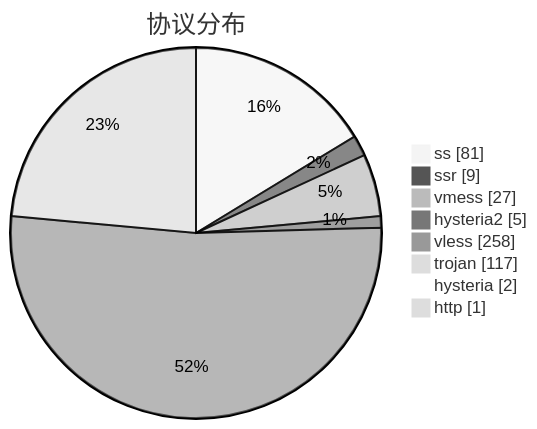
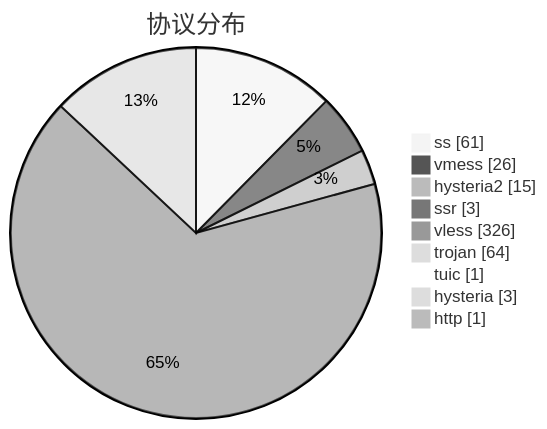
One commit to sinspired/airport changed the third of 3 diagrams in subs/statistics/tested_within.md. Above: the diagram before and after it, drawn with Mermaid (neutral theme). The commit also changed other lines of this file and 2 other files, not shown here.

````diff
--- a/subs/statistics/tested_within.md
+++ b/subs/statistics/tested_within.md
@@ -63,12 +50,13 @@
 ```mermaid
 pie showData
 title 协议分布
-"ss" : 81
-"ssr" : 9
-"vmess" : 27
-"hysteria2" : 5
-"vless" : 258
-"trojan" : 117
-"hysteria" : 2
+"ss" : 61
+"vmess" : 26
+"hysteria2" : 15
+"ssr" : 3
+"vless" : 326
+"trojan" : 64
+"tuic" : 1
+"hysteria" : 3
 "http" : 1
 ```
````
